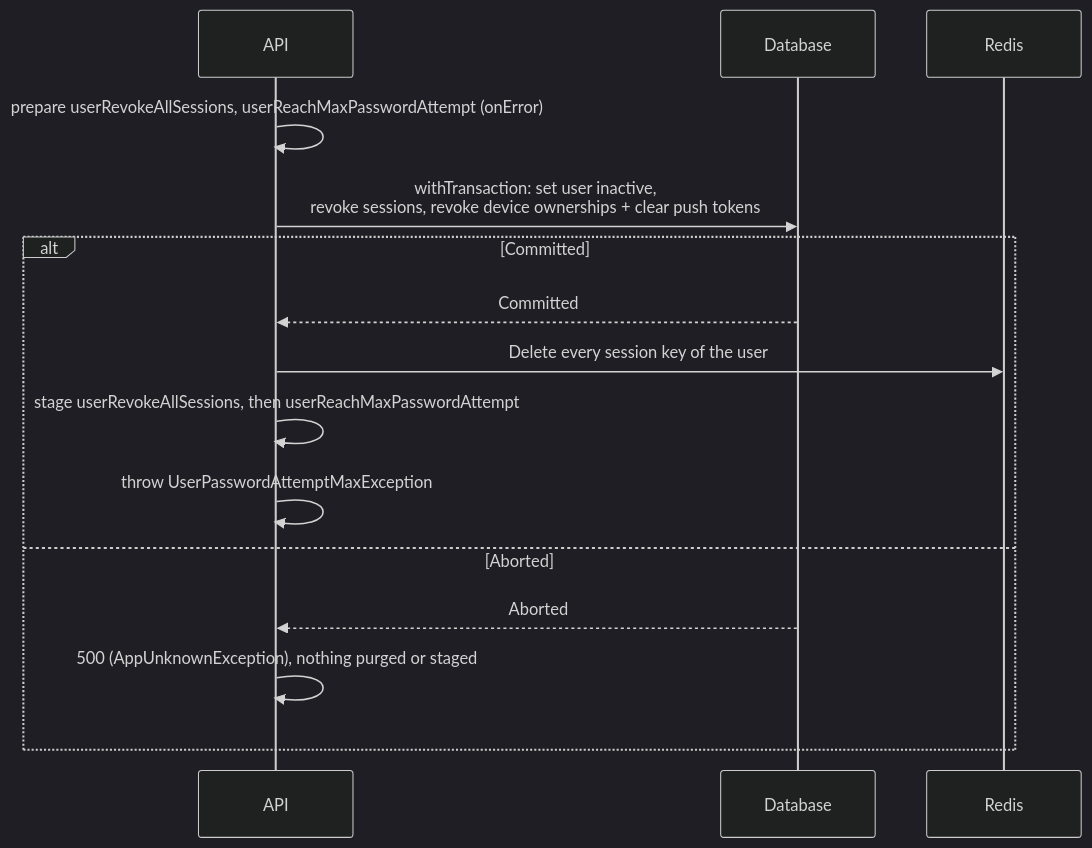
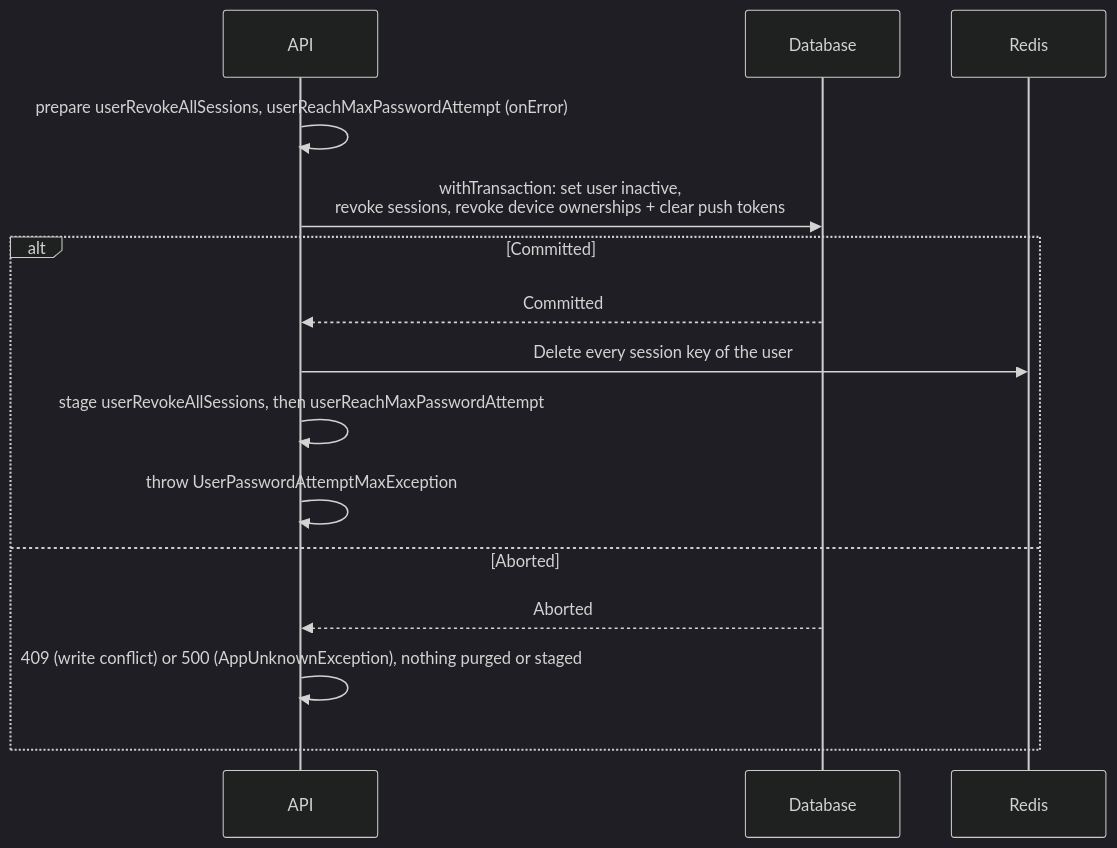
The third of 10 diagrams in docs/authentication.md (andrechristikan/ack-nestjs-boilerplate), drawn with Mermaid (dark theme) before and after one commit. The commit also changed other lines of this file and 387 other files, not shown here.

````diff
--- a/docs/authentication.md
+++ b/docs/authentication.md
@@ -340,18 +340,18 @@
 ```mermaid
 sequenceDiagram
     participant API
     participant Database
     participant Redis
 
     API->>API: prepare userRevokeAllSessions, userReachMaxPasswordAttempt (onError)
     API->>Database: withTransaction: set user inactive,<br/>revoke sessions, revoke device ownerships + clear push tokens
     alt Committed
         Database-->>API: Committed
         API->>Redis: Delete every session key of the user
         API->>API: stage userRevokeAllSessions, then userReachMaxPasswordAttempt
         API->>API: throw UserPasswordAttemptMaxException
     else Aborted
         Database-->>API: Aborted
-        API->>API: 500 (AppUnknownException), nothing purged or staged
+        API->>API: 409 (write conflict) or 500 (AppUnknownException), nothing purged or staged
     end
 ```
````
